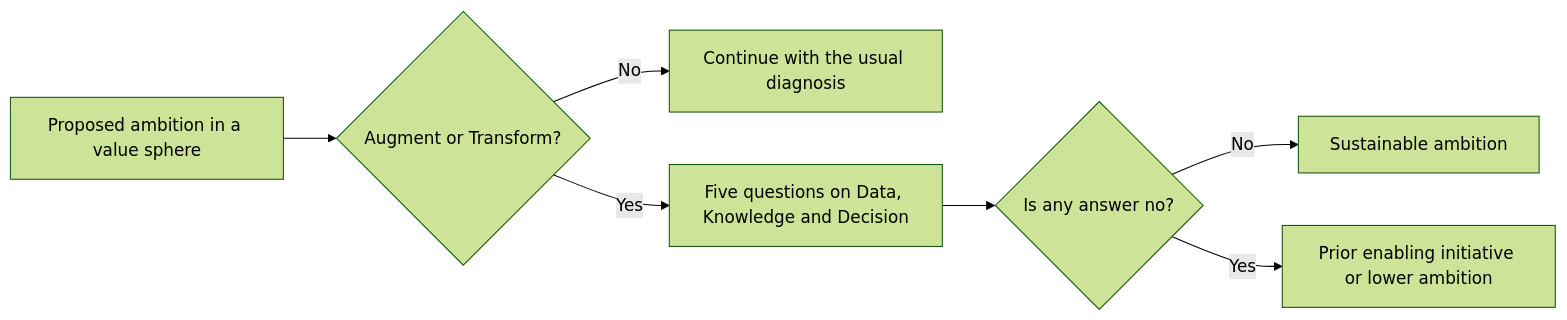
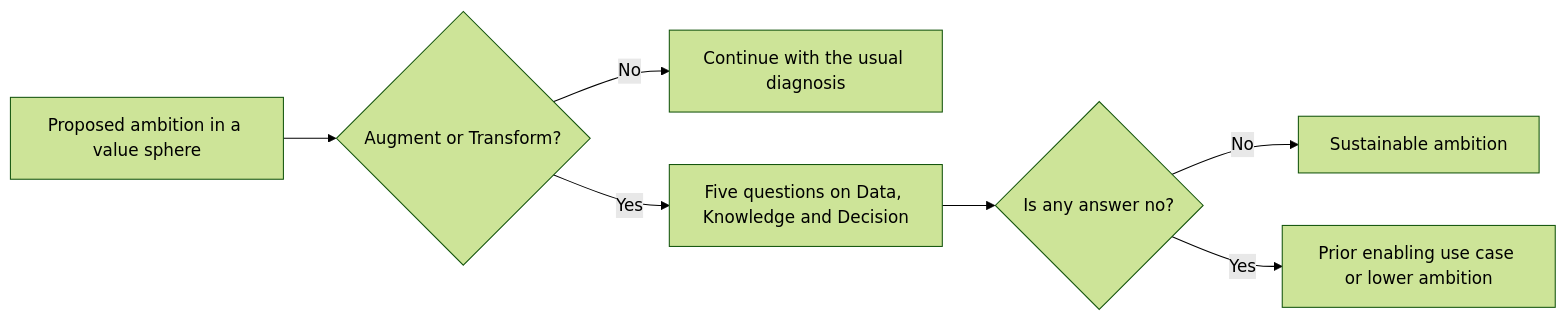
The diagram in SPHERES/mds/en/03_SPHERES_Esferas_habilitadoras.md (seachad/AI_CONSULTING), drawn with Mermaid (forest theme) before and after one commit. The commit also changed other lines of this file and 1379 other files, not shown here.

````diff
--- a/SPHERES/mds/en/03_SPHERES_Esferas_habilitadoras.md
+++ b/SPHERES/mds/en/03_SPHERES_Esferas_habilitadoras.md
@@ -242,9 +242,9 @@
 ```mermaid
 flowchart LR
   A["Proposed ambition in a value sphere"] --> B{"Augment or Transform?"}
   B -->|"No"| OK["Continue with the usual diagnosis"]
   B -->|"Yes"| C["Five questions on Data, Knowledge and Decision"]
   C --> D{"Is any answer no?"}
   D -->|"No"| OK2["Sustainable ambition"]
-  D -->|"Yes"| E["Prior enabling initiative or lower ambition"]
+  D -->|"Yes"| E["Prior enabling use case or lower ambition"]
 ```
````
